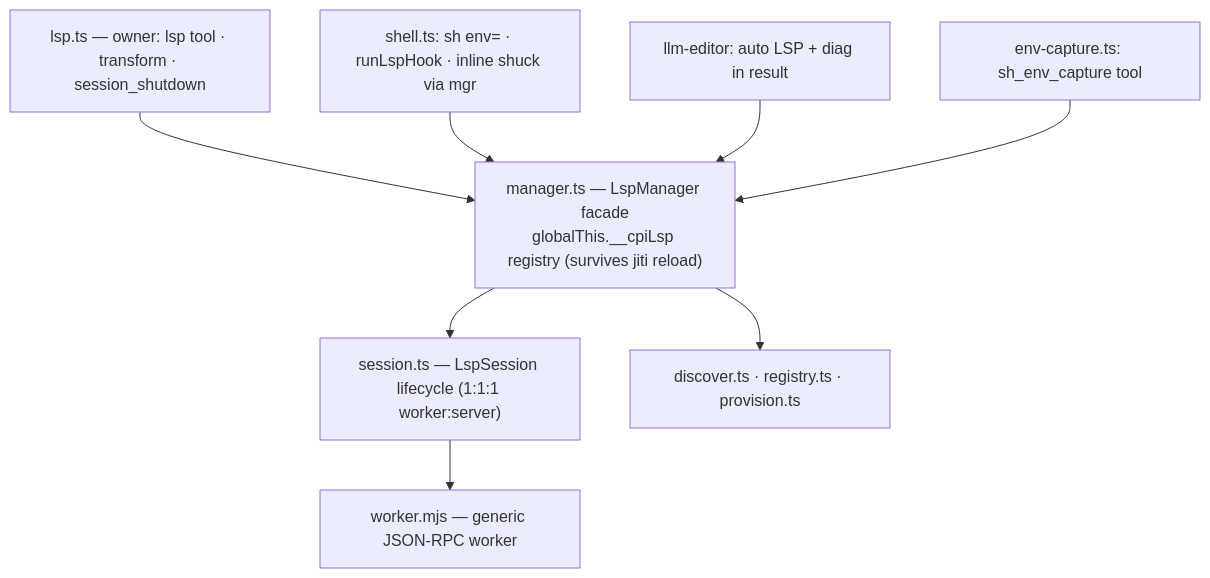
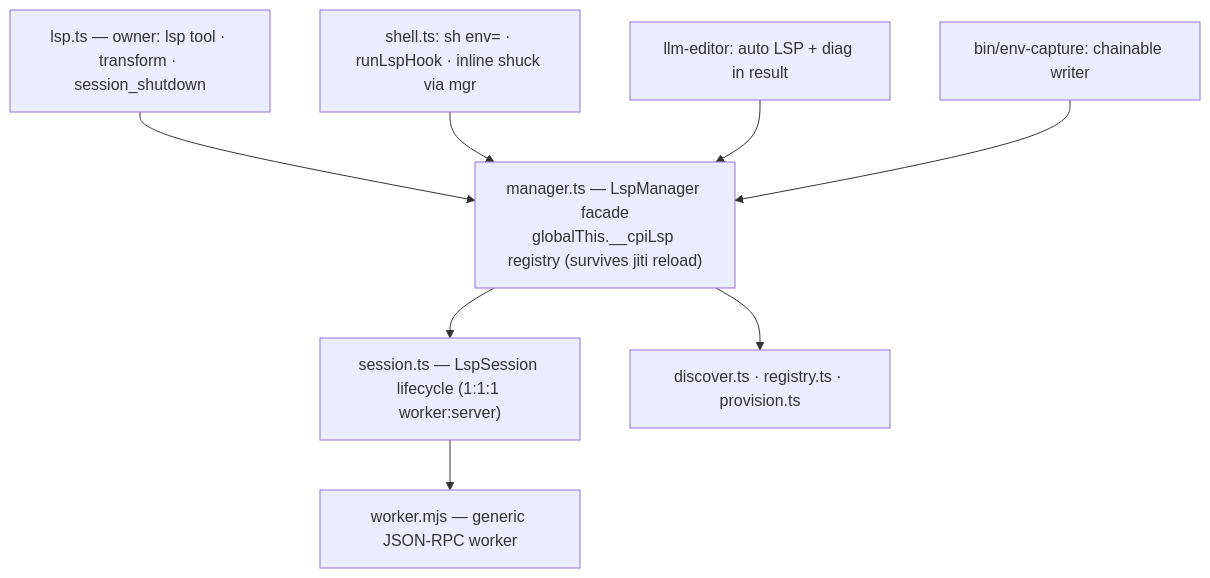
The diagram in extensions/lib/lsp/DESIGN.md (bobcao3/cpi), drawn with Mermaid before and after one commit. The commit also changed other lines of this file and 13 other files, not shown here.

````diff
--- a/extensions/lib/lsp/DESIGN.md
+++ b/extensions/lib/lsp/DESIGN.md
@@ -48,15 +48,15 @@
 ```mermaid
 flowchart TD
     owner["lsp.ts — owner: lsp tool · transform · session_shutdown"]
     shell["shell.ts: sh env= · runLspHook · inline shuck via mgr"]
     editor["llm-editor: auto LSP + diag in result"]
-    envcap["env-capture.ts: sh_env_capture tool"]
+    envcap["bin/env-capture: chainable writer"]
     owner --> mgr
     shell --> mgr
     editor --> mgr
     envcap --> mgr
     mgr["manager.ts — LspManager facade<br/>globalThis.__cpiLsp registry (survives jiti reload)"]
     mgr --> session["session.ts — LspSession lifecycle (1:1:1 worker:server)"]
     mgr --> discover["discover.ts · registry.ts · provision.ts"]
     session --> worker["worker.mjs — generic JSON-RPC worker"]
 ```
````
